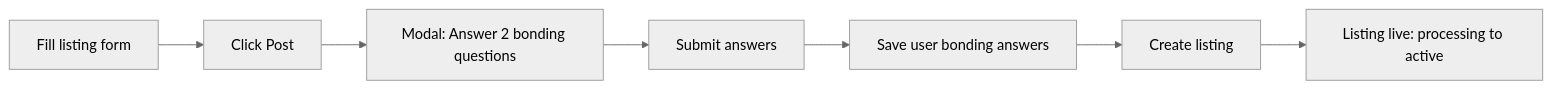
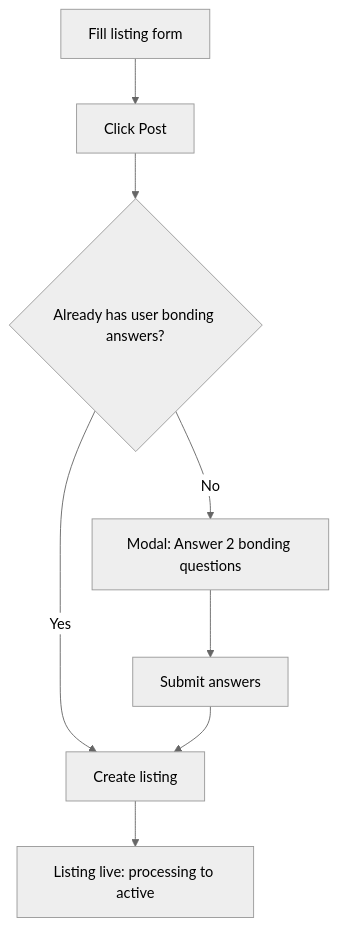
The second of 7 diagrams in docs/connections-flow-v2-proposal.md (hajarachatibi/army-ticket-board), drawn with Mermaid (neutral theme) before and after one commit. The commit also changed other lines of this file, not shown here.

Commit message:
Version 9.07 new flow

````diff
--- a/docs/connections-flow-v2-proposal.md
+++ b/docs/connections-flow-v2-proposal.md
@@ -51,9 +51,10 @@
 ```mermaid
-flowchart LR
+flowchart TB
   A[Fill listing form] --> B[Click Post]
-  B --> C[Modal: Answer 2 bonding questions]
-  C --> D[Submit answers]
-  D --> E[Save user bonding answers]
-  E --> F[Create listing]
+  B --> C{Already has user bonding answers?}
+  C -->|No| D[Modal: Answer 2 bonding questions]
+  C -->|Yes| F[Create listing]
+  D --> E[Submit answers]
+  E --> F
   F --> G[Listing live: processing to active]
 ```
````
